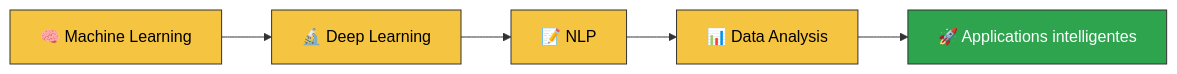
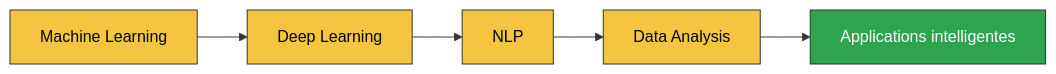
One commit to binetouwahab/binetouwahab changed the diagram in README.md. Above: the diagram before and after it, drawn with Mermaid. The commit also changed other lines of this file, not shown here.

````diff
--- a/README.md
+++ b/README.md
@@ -229,12 +224,12 @@
 ```mermaid
 flowchart LR
-    A["🧠 Machine Learning"] --> B["🔬 Deep Learning"]
-    B --> C["📝 NLP"]
-    C --> D["📊 Data Analysis"]
-    D --> E["🚀 Applications intelligentes"]
+    A[" Machine Learning"] --> B[" Deep Learning"]
+    B --> C[" NLP"]
+    C --> D[" Data Analysis"]
+    D --> E[" Applications intelligentes"]
     style A fill:#F5C542,stroke:#333,color:#000
     style B fill:#F5C542,stroke:#333,color:#000
     style C fill:#F5C542,stroke:#333,color:#000
     style D fill:#F5C542,stroke:#333,color:#000
     style E fill:#2ea44f,stroke:#333,color:#fff
 ```
````
